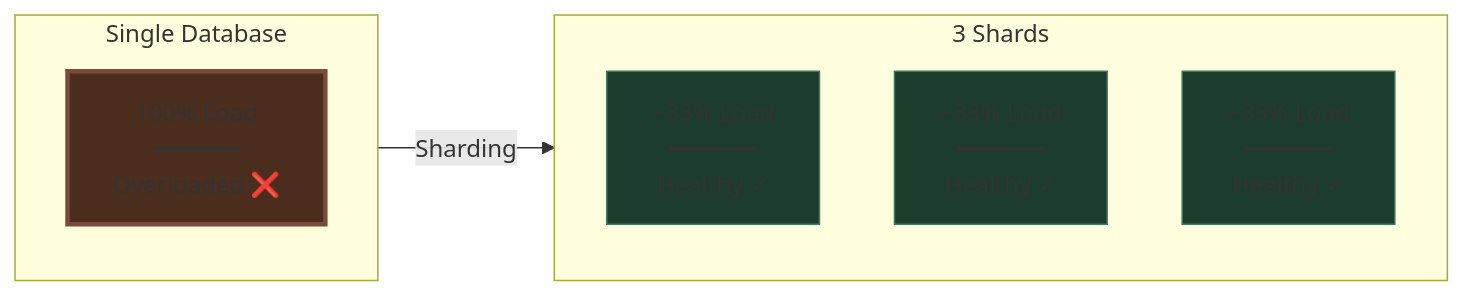
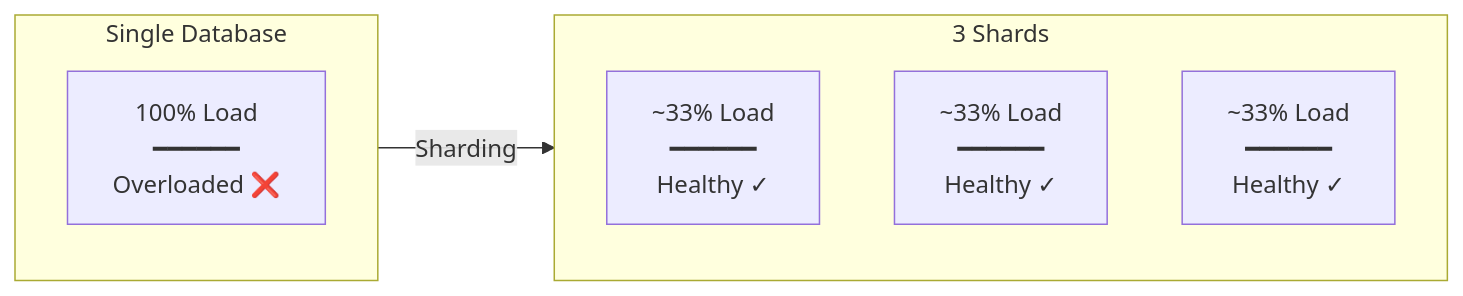
One commit to Yash-Kavaiya/The-System-Design-Masterclass changed diagram 13 of 19 in system design beginner/7. Scaling Databases.md. Above: the diagram before and after it, drawn with Mermaid. The commit also changed other lines of this file, not shown here.

````diff
--- a/system design beginner/7. Scaling Databases.md
+++ b/system design beginner/7. Scaling Databases.md
@@ -405,19 +370,15 @@
 ```mermaid
 graph LR
     subgraph Before["Single Database"]
         DB[100% Load<br/>━━━━━━<br/>Overloaded ❌]
     end
     
     subgraph After["3 Shards"]
         S1[~33% Load<br/>━━━━━━<br/>Healthy ✓]
         S2[~33% Load<br/>━━━━━━<br/>Healthy ✓]
         S3[~33% Load<br/>━━━━━━<br/>Healthy ✓]
     end
     
     Before -->|Sharding| After
     
-    style DB fill:#4a2d1c,stroke:#7c4a3c,stroke-width:3px
-    style S1 fill:#1c3d2d,stroke:#3c7c5c
-    style S2 fill:#1c3d2d,stroke:#3c7c5c
-    style S3 fill:#1c3d2d,stroke:#3c7c5c
 ```
````
